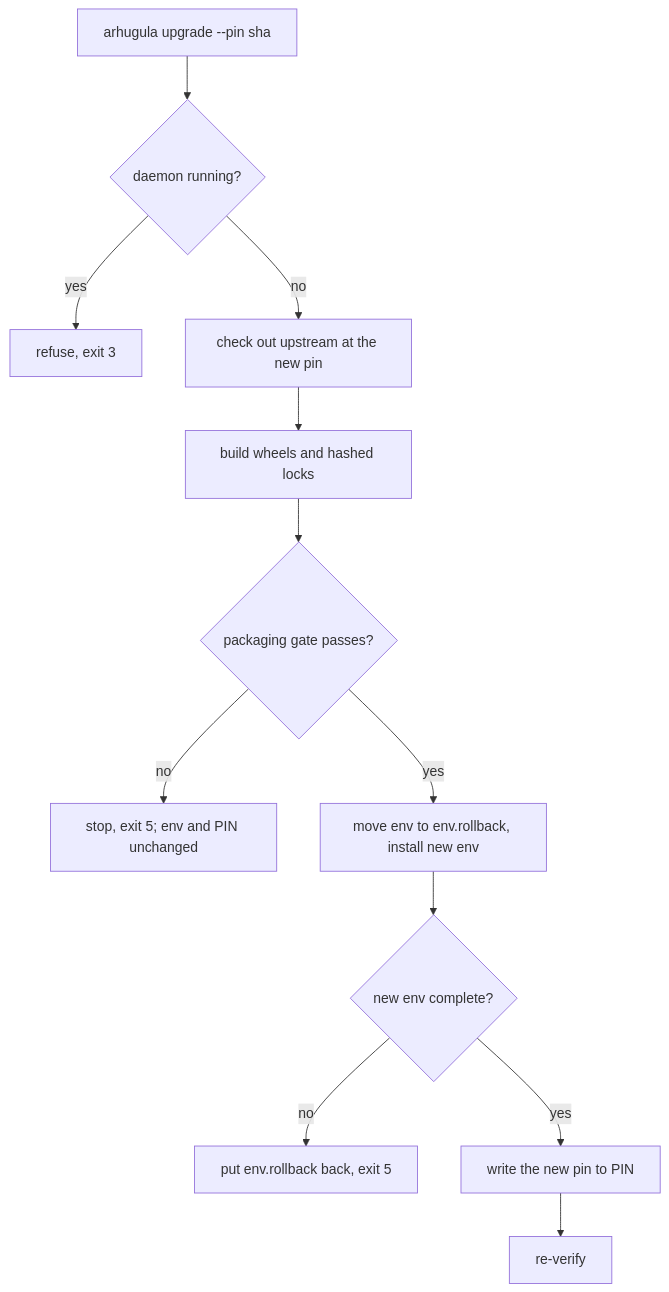
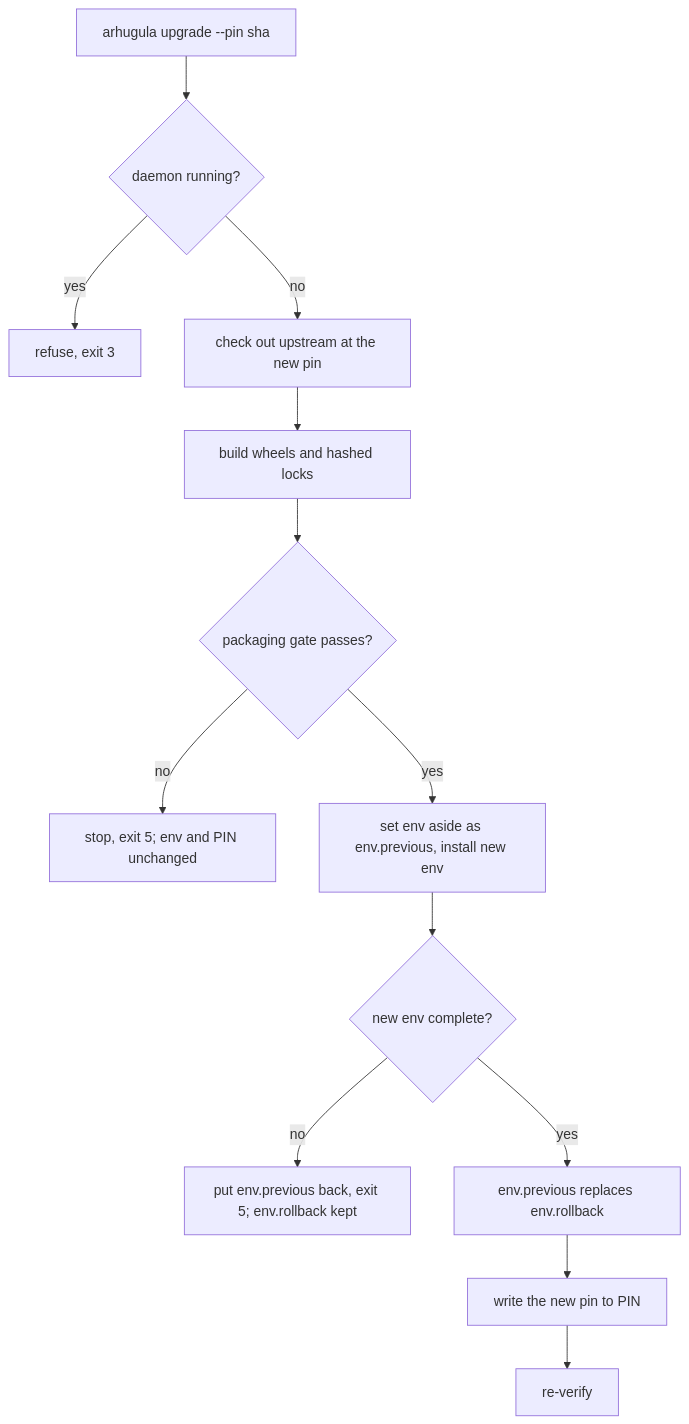
One commit to thestoryportal/arhugula-harness-runtime changed the diagram in docs/upgrade.md. Above: the diagram before and after it, drawn with Mermaid. The commit also changed other lines of this file and 22 other files, not shown here.

````diff
--- a/docs/upgrade.md
+++ b/docs/upgrade.md
@@ -141,14 +156,15 @@
 ```mermaid
 flowchart TD
     A["arhugula upgrade --pin sha"] --> B{"daemon running?"}
     B -- yes --> R1["refuse, exit 3"]
     B -- no --> C["check out upstream at the new pin"]
     C --> D["build wheels and hashed locks"]
     D --> E{"packaging gate passes?"}
     E -- no --> R2["stop, exit 5; env and PIN unchanged"]
-    E -- yes --> F["move env to env.rollback, install new env"]
+    E -- yes --> F["set env aside as env.previous, install new env"]
     F --> G{"new env complete?"}
-    G -- no --> R3["put env.rollback back, exit 5"]
-    G -- yes --> H["write the new pin to PIN"]
+    G -- no --> R3["put env.previous back, exit 5; env.rollback kept"]
+    G -- yes --> K["env.previous replaces env.rollback"]
+    K --> H["write the new pin to PIN"]
     H --> I["re-verify"]
 ```
````
